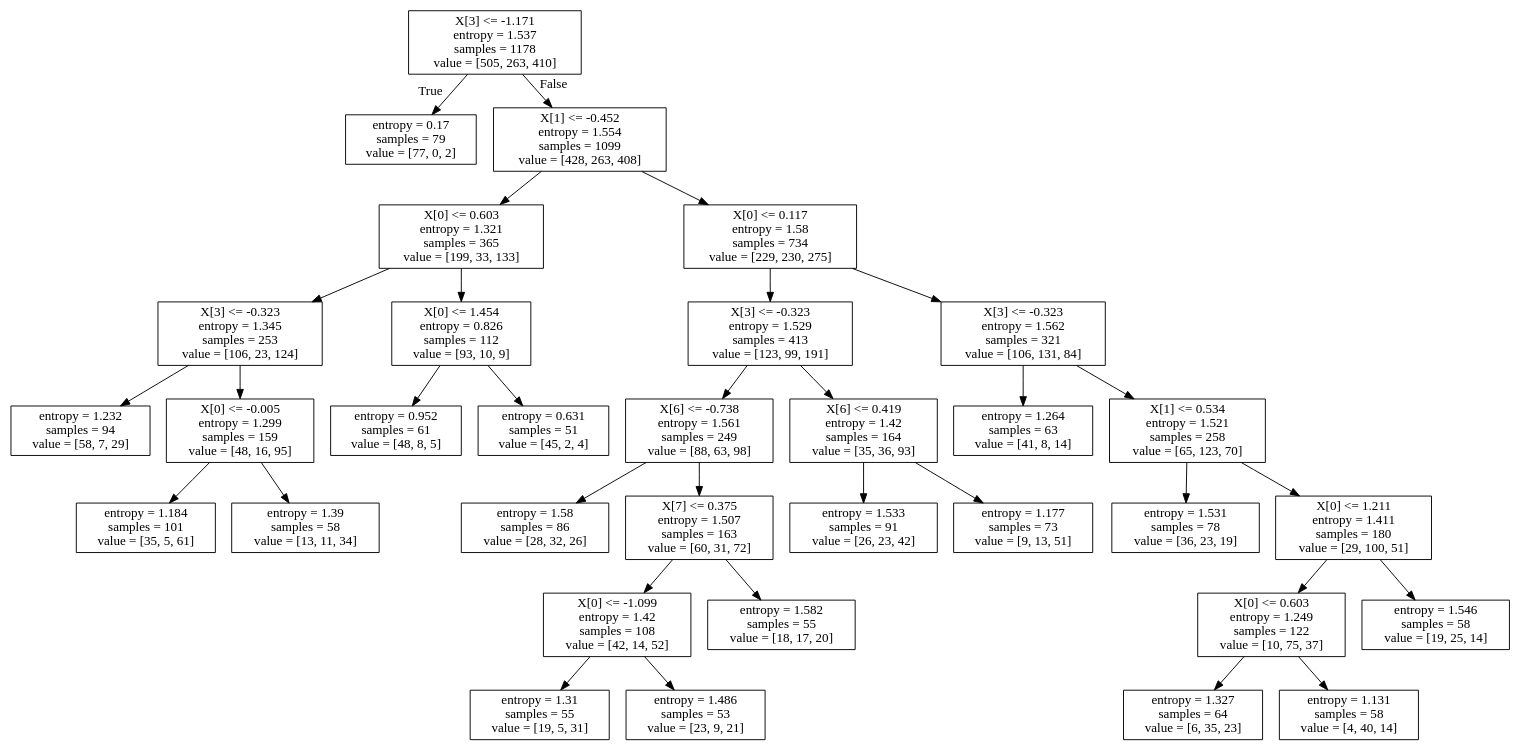
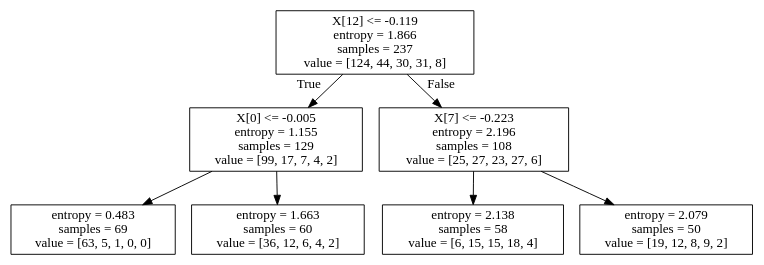
The diagram in SupervisedLearning/tree.dot (SujeethJinesh/CS4641), drawn with Graphviz before and after one commit. The commit also changed 4 other files, not shown here.

```diff
--- a/SupervisedLearning/tree.dot
+++ b/SupervisedLearning/tree.dot
@@ -1,68 +1,16 @@
 digraph Tree {
 node [shape=box] ;
-0 [label="X[3] <= -1.171\nentropy = 1.537\nsamples = 1178\nvalue = [505, 263, 410]"] ;
-1 [label="entropy = 0.17\nsamples = 79\nvalue = [77, 0, 2]"] ;
+0 [label="X[12] <= -0.119\nentropy = 1.866\nsamples = 237\nvalue = [124, 44, 30, 31, 8]"] ;
+1 [label="X[0] <= -0.005\nentropy = 1.155\nsamples = 129\nvalue = [99, 17, 7, 4, 2]"] ;
 0 -> 1 [labeldistance=2.5, labelangle=45, headlabel="True"] ;
-2 [label="X[1] <= -0.452\nentropy = 1.554\nsamples = 1099\nvalue = [428, 263, 408]"] ;
-0 -> 2 [labeldistance=2.5, labelangle=-45, headlabel="False"] ;
-3 [label="X[0] <= 0.603\nentropy = 1.321\nsamples = 365\nvalue = [199, 33, 133]"] ;
-2 -> 3 ;
-4 [label="X[3] <= -0.323\nentropy = 1.345\nsamples = 253\nvalue = [106, 23, 124]"] ;
-3 -> 4 ;
-5 [label="entropy = 1.232\nsamples = 94\nvalue = [58, 7, 29]"] ;
+2 [label="entropy = 0.483\nsamples = 69\nvalue = [63, 5, 1, 0, 0]"] ;
+1 -> 2 ;
+3 [label="entropy = 1.663\nsamples = 60\nvalue = [36, 12, 6, 4, 2]"] ;
+1 -> 3 ;
+4 [label="X[7] <= -0.223\nentropy = 2.196\nsamples = 108\nvalue = [25, 27, 23, 27, 6]"] ;
+0 -> 4 [labeldistance=2.5, labelangle=-45, headlabel="False"] ;
+5 [label="entropy = 2.138\nsamples = 58\nvalue = [6, 15, 15, 18, 4]"] ;
 4 -> 5 ;
-6 [label="X[0] <= -0.005\nentropy = 1.299\nsamples = 159\nvalue = [48, 16, 95]"] ;
+6 [label="entropy = 2.079\nsamples = 50\nvalue = [19, 12, 8, 9, 2]"] ;
 4 -> 6 ;
-7 [label="entropy = 1.184\nsamples = 101\nvalue = [35, 5, 61]"] ;
-6 -> 7 ;
-8 [label="entropy = 1.39\nsamples = 58\nvalue = [13, 11, 34]"] ;
-6 -> 8 ;
-9 [label="X[0] <= 1.454\nentropy = 0.826\nsamples = 112\nvalue = [93, 10, 9]"] ;
-3 -> 9 ;
-10 [label="entropy = 0.952\nsamples = 61\nvalue = [48, 8, 5]"] ;
-9 -> 10 ;
-11 [label="entropy = 0.631\nsamples = 51\nvalue = [45, 2, 4]"] ;
-9 -> 11 ;
-12 [label="X[0] <= 0.117\nentropy = 1.58\nsamples = 734\nvalue = [229, 230, 275]"] ;
-2 -> 12 ;
-13 [label="X[3] <= -0.323\nentropy = 1.529\nsamples = 413\nvalue = [123, 99, 191]"] ;
-12 -> 13 ;
-14 [label="X[6] <= -0.738\nentropy = 1.561\nsamples = 249\nvalue = [88, 63, 98]"] ;
-13 -> 14 ;
-15 [label="entropy = 1.58\nsamples = 86\nvalue = [28, 32, 26]"] ;
-14 -> 15 ;
-16 [label="X[7] <= 0.375\nentropy = 1.507\nsamples = 163\nvalue = [60, 31, 72]"] ;
-14 -> 16 ;
-17 [label="X[0] <= -1.099\nentropy = 1.42\nsamples = 108\nvalue = [42, 14, 52]"] ;
-16 -> 17 ;
-18 [label="entropy = 1.31\nsamples = 55\nvalue = [19, 5, 31]"] ;
-17 -> 18 ;
-19 [label="entropy = 1.486\nsamples = 53\nvalue = [23, 9, 21]"] ;
-17 -> 19 ;
-20 [label="entropy = 1.582\nsamples = 55\nvalue = [18, 17, 20]"] ;
-16 -> 20 ;
-21 [label="X[6] <= 0.419\nentropy = 1.42\nsamples = 164\nvalue = [35, 36, 93]"] ;
-13 -> 21 ;
-22 [label="entropy = 1.533\nsamples = 91\nvalue = [26, 23, 42]"] ;
-21 -> 22 ;
-23 [label="entropy = 1.177\nsamples = 73\nvalue = [9, 13, 51]"] ;
-21 -> 23 ;
-24 [label="X[3] <= -0.323\nentropy = 1.562\nsamples = 321\nvalue = [106, 131, 84]"] ;
-12 -> 24 ;
-25 [label="entropy = 1.264\nsamples = 63\nvalue = [41, 8, 14]"] ;
-24 -> 25 ;
-26 [label="X[1] <= 0.534\nentropy = 1.521\nsamples = 258\nvalue = [65, 123, 70]"] ;
-24 -> 26 ;
-27 [label="entropy = 1.531\nsamples = 78\nvalue = [36, 23, 19]"] ;
-26 -> 27 ;
-28 [label="X[0] <= 1.211\nentropy = 1.411\nsamples = 180\nvalue = [29, 100, 51]"] ;
-26 -> 28 ;
-29 [label="X[0] <= 0.603\nentropy = 1.249\nsamples = 122\nvalue = [10, 75, 37]"] ;
-28 -> 29 ;
-30 [label="entropy = 1.327\nsamples = 64\nvalue = [6, 35, 23]"] ;
-29 -> 30 ;
-31 [label="entropy = 1.131\nsamples = 58\nvalue = [4, 40, 14]"] ;
-29 -> 31 ;
-32 [label="entropy = 1.546\nsamples = 58\nvalue = [19, 25, 14]"] ;
-28 -> 32 ;
 }
```
